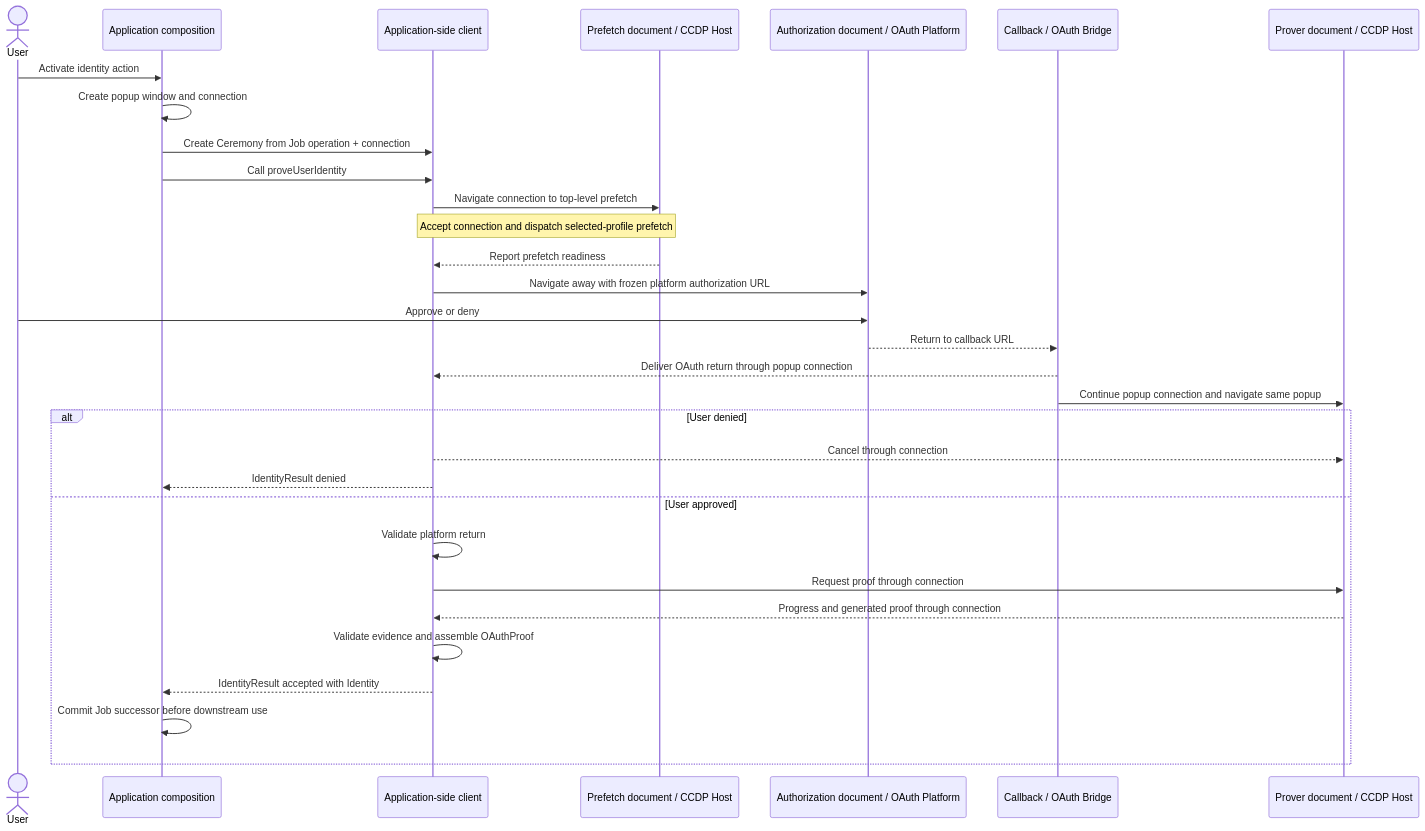
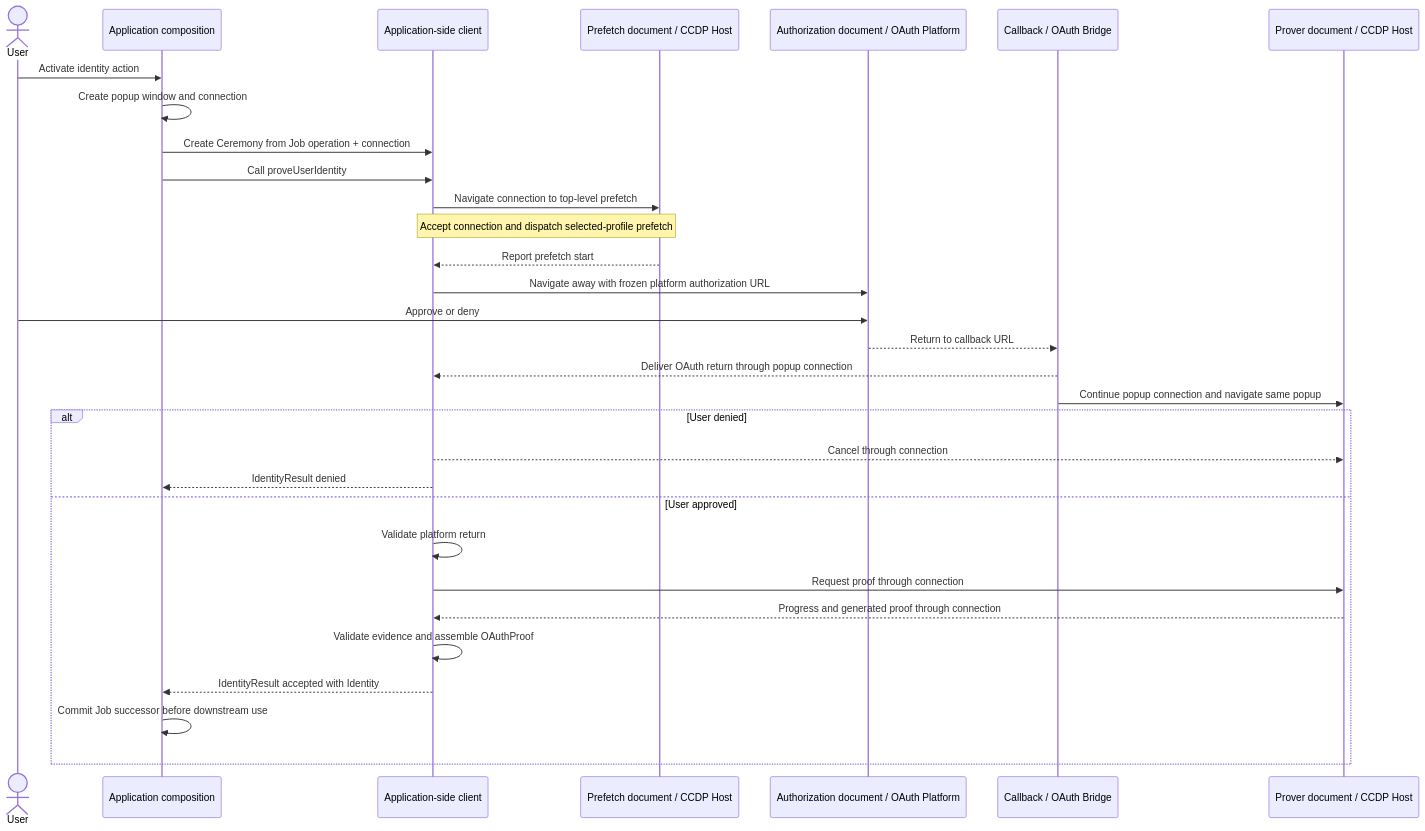
One commit to libid-org/libid changed the diagram in ts/packages/ceremony/ARCHITECTURE.md. Above: the diagram before and after it, drawn with Mermaid. The commit also changed other lines of this file and 3 other files, not shown here.

Commit message:
docs(ccdp): separate messages from protocol flow

````diff
--- a/ts/packages/ceremony/ARCHITECTURE.md
+++ b/ts/packages/ceremony/ARCHITECTURE.md
@@ -42,34 +42,34 @@
 ```mermaid
 sequenceDiagram
     actor U as User
     participant A as Application composition
     participant C as Application-side client
     participant F as Prefetch document / CCDP Host
     participant O as Authorization document / OAuth Platform
     participant P as Callback / OAuth Bridge
     participant R as Prover document / CCDP Host
 
     U->>A: Activate identity action
     A->>A: Create popup window and connection
     A->>C: Create Ceremony from Job operation + connection
     A->>C: Call proveUserIdentity
     C->>F: Navigate connection to top-level prefetch
     Note over C,F: Accept connection and dispatch selected-profile prefetch
-    F-->>C: Report prefetch readiness
+    F-->>C: Report prefetch start
     C->>O: Navigate away with frozen platform authorization URL
     U->>O: Approve or deny
     O-->>P: Return to callback URL
     P-->>C: Deliver OAuth return through popup connection
     P->>R: Continue popup connection and navigate same popup
     alt User denied
         C-->>R: Cancel through connection
         C-->>A: IdentityResult denied
     else User approved
         C->>C: Validate platform return
         C->>R: Request proof through connection
         R-->>C: Progress and generated proof through connection
         C->>C: Validate evidence and assemble OAuthProof
         C-->>A: IdentityResult accepted with Identity
         A->>A: Commit Job successor before downstream use
     end
 ```
````
